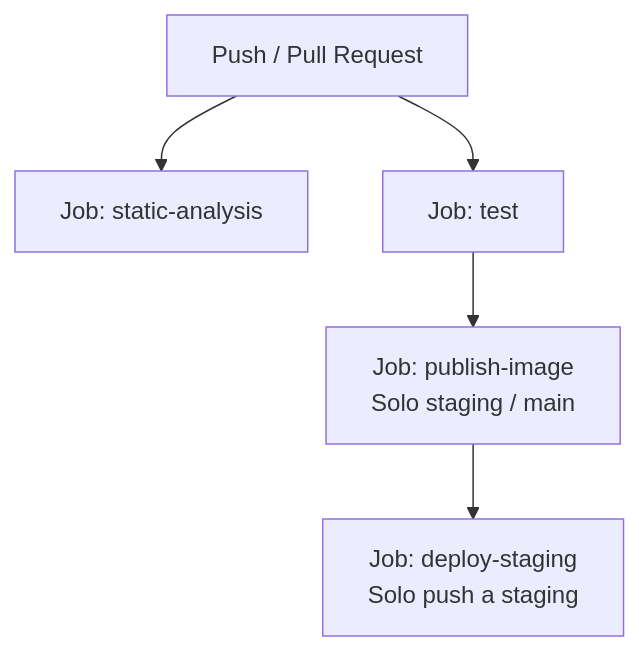
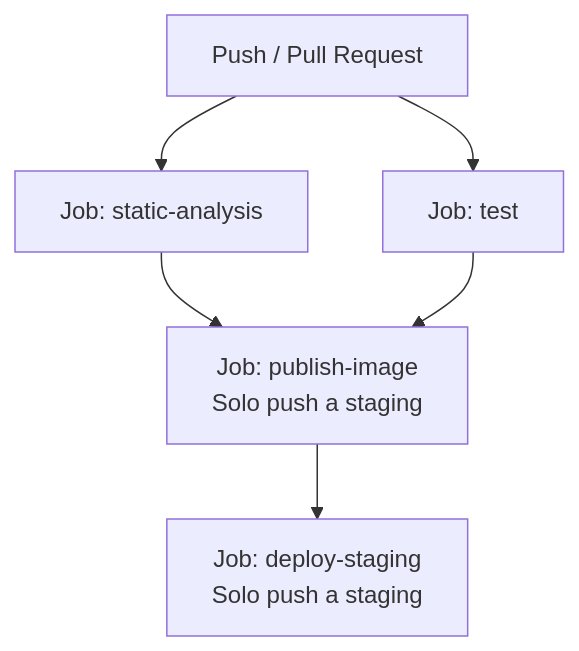
Before and after one commit to TypeItOrg/bemol-api: the diagram in docs/INTEGRACION-CONTINUA.md, drawn with Mermaid. The commit also changed other lines of this file and 2 other files, not shown here.

Commit message:
ci: limit image publication and deployment to staging

````diff
--- a/docs/INTEGRACION-CONTINUA.md
+++ b/docs/INTEGRACION-CONTINUA.md
@@ -18,7 +20,8 @@
 ```mermaid
 flowchart TD
     PR[Push / Pull Request] --> SA[Job: static-analysis]
     PR --> T[Job: test]
-    T --> PI[Job: publish-image\nSolo staging / main]
+    SA --> PI[Job: publish-image\nSolo push a staging]
+    T --> PI
     PI --> DS[Job: deploy-staging\nSolo push a staging]
 ```
````
